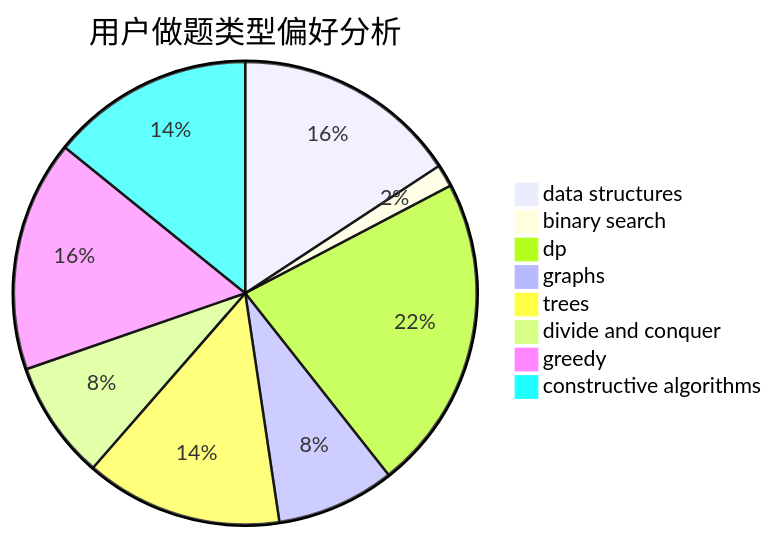
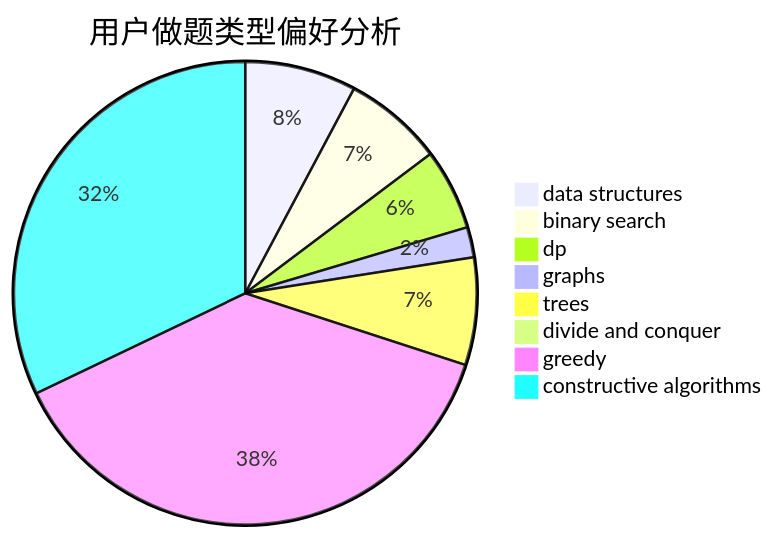
One commit to sherpahu/cfrs.github.io changed the second of 3 diagrams in docs/user/u1079.md. Above: the diagram before and after it, drawn with Mermaid. The commit also changed other lines of this file and 2770 other files, not shown here.

````diff
--- a/docs/user/u1079.md
+++ b/docs/user/u1079.md
@@ -23,11 +23,11 @@
 ```mermaid
 pie title 用户做题类型偏好分析
-    "data structures" :  40
-    "binary search" :  4
-    "dp" :  56
-    "graphs" :  21
-    "trees" :  35
-    "divide and conquer" :  21
-    "greedy" :  41
-    "constructive algorithms" :  36
+    "data structures" :  85
+    "binary search" :  76
+    "dp" :  62
+    "graphs" :  23
+    "trees" :  82
+    "divide and conquer" :  10
+    "greedy" :  414
+    "constructive algorithms" :  351
 ```
````
